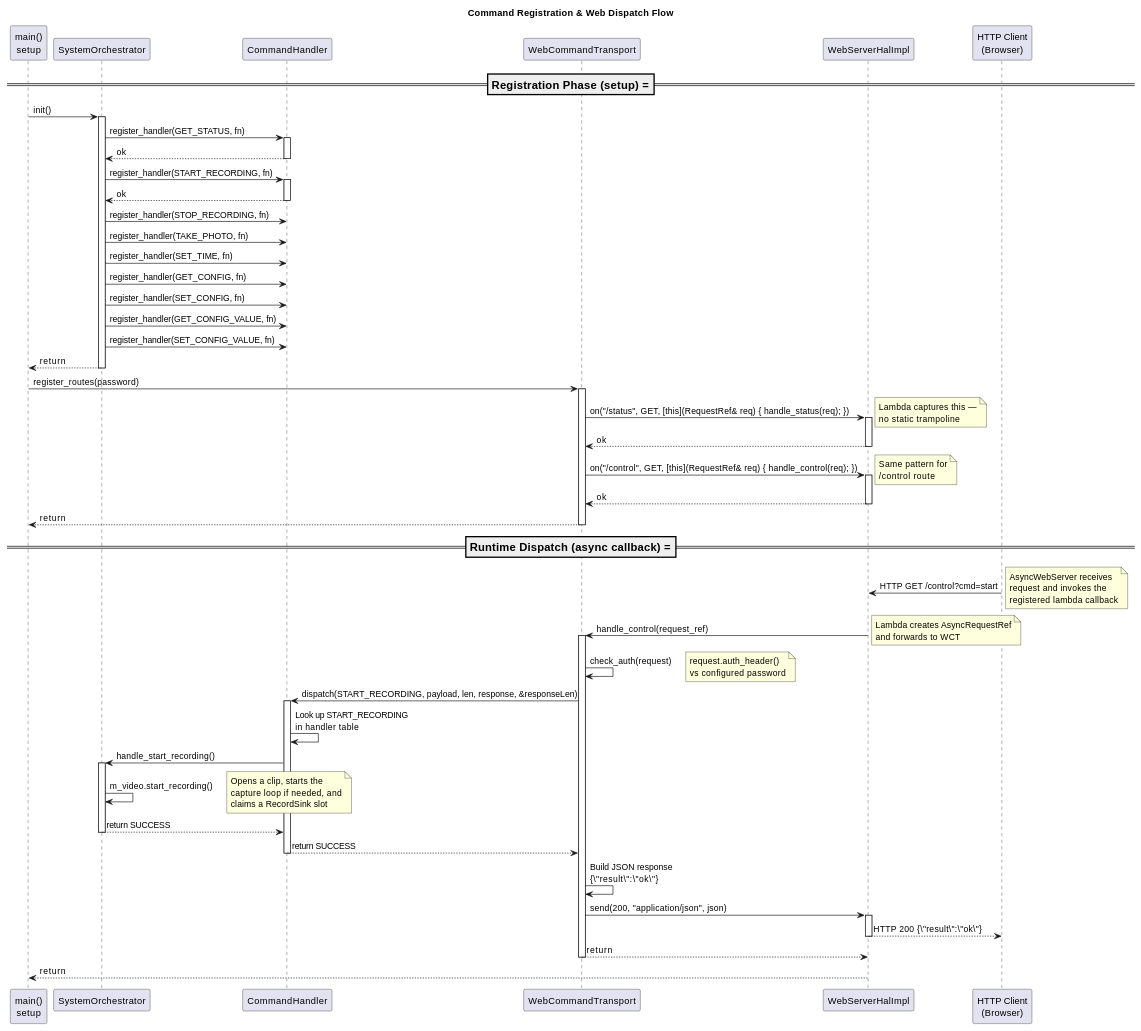
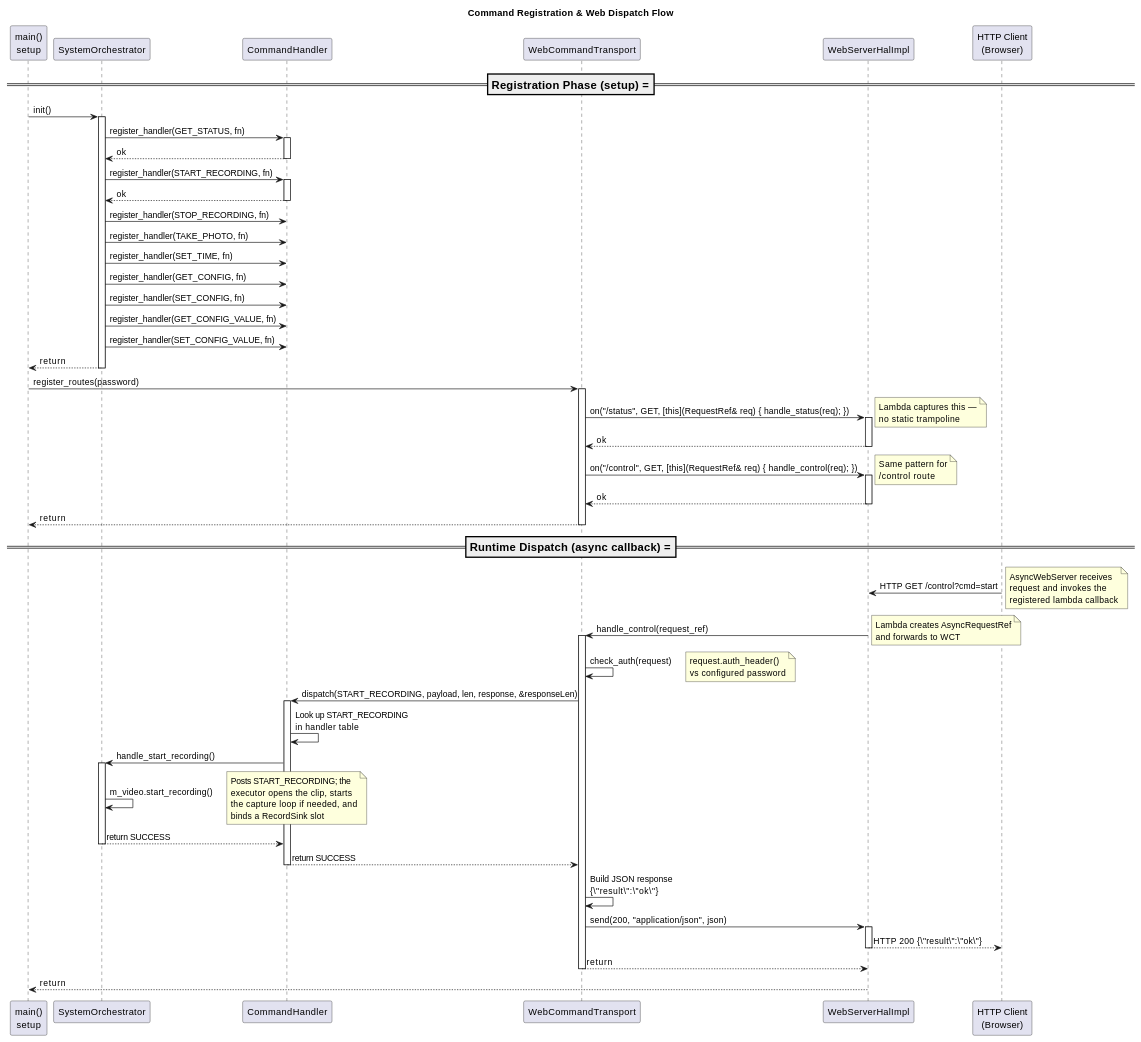
Before and after one commit to timwalsh41/micro-security-cam: the eighth of 8 diagrams in docs/SYSTEM_DESIGN.md, drawn with PlantUML. The commit also changed other lines of this file and 12 other files, not shown here.

```diff
--- a/docs/SYSTEM_DESIGN.md
+++ b/docs/SYSTEM_DESIGN.md
@@ -2087,7 +2137,7 @@
 
 ' Delegate to VideoController
 ORCH -> ORCH : m_video.start_recording()
-note right: Opens a clip, starts the\ncapture loop if needed, and\nclaims a RecordSink slot
+note right: Posts START_RECORDING; the\nexecutor opens the clip, starts\nthe capture loop if needed, and\nbinds a RecordSink slot
 
 ORCH --> CMDH : return SUCCESS
 deactivate ORCH
```
